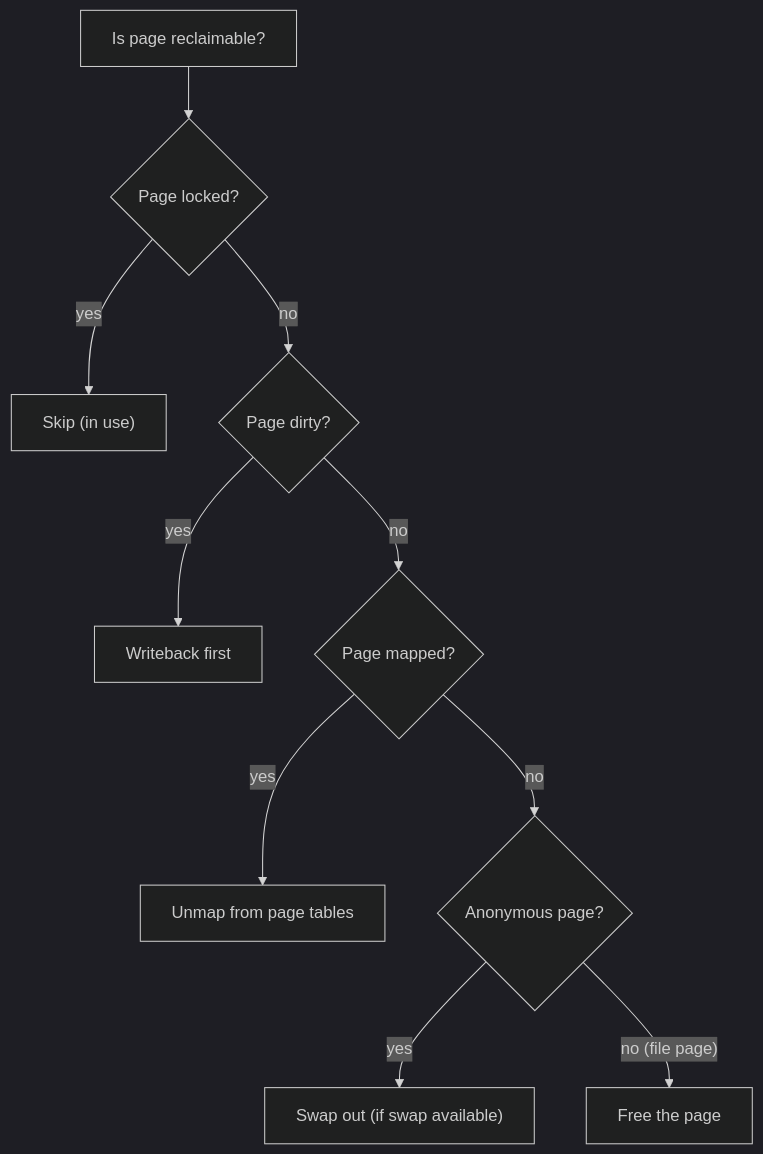
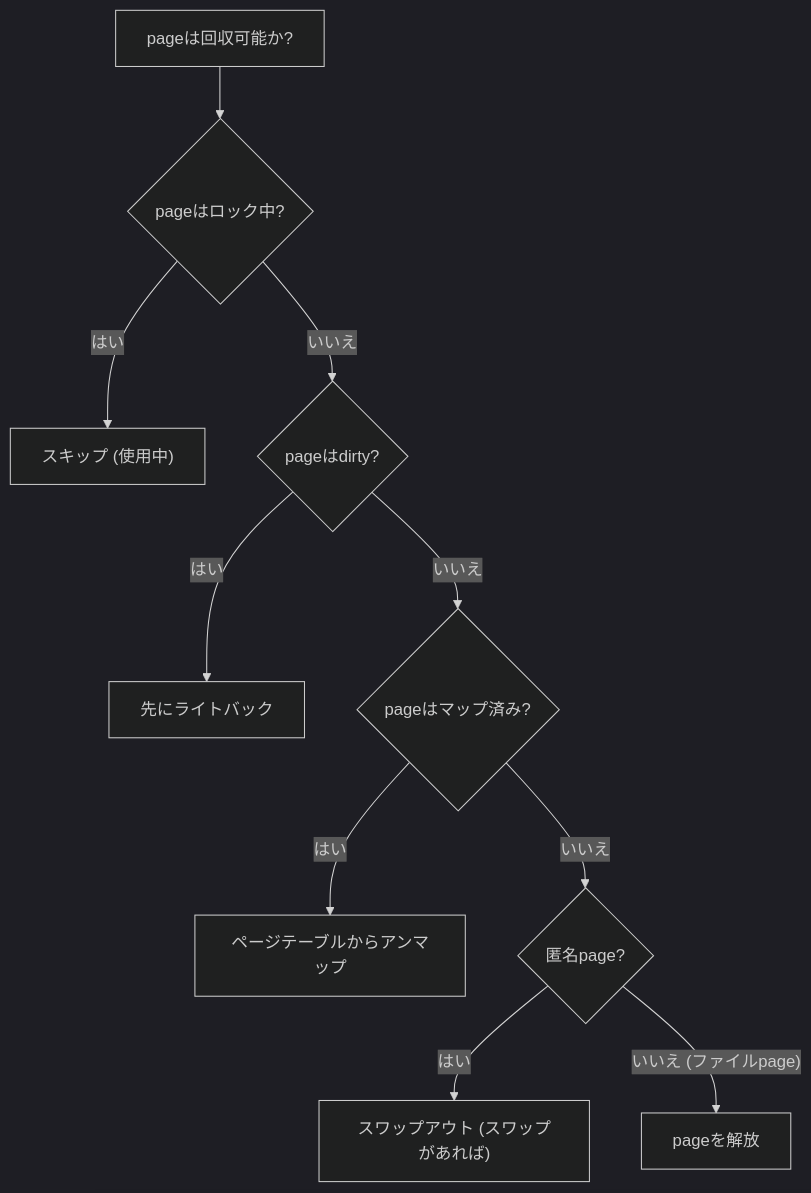
The seventh of 15 diagrams in docs/mm/life-of-page.md (doguto/linux-kernel-internals-jp), drawn with Mermaid (dark theme) before and after one commit. The commit also changed other lines of this file and 27 other files, not shown here.

````diff
--- a/docs/mm/life-of-page.md
+++ b/docs/mm/life-of-page.md
@@ -232,12 +232,12 @@
 ```mermaid
 flowchart TD
-    START["Is page reclaimable?"] --> LOCKED{"Page locked?"}
-    LOCKED -->|"yes"| SKIP["Skip (in use)"]
-    LOCKED -->|"no"| DIRTY{"Page dirty?"}
-    DIRTY -->|"yes"| WRITEBACK["Writeback first"]
-    DIRTY -->|"no"| MAPPED{"Page mapped?"}
-    MAPPED -->|"yes"| UNMAP["Unmap from page tables"]
-    MAPPED -->|"no"| ANON{"Anonymous page?"}
-    ANON -->|"yes"| SWAPOUT["Swap out (if swap available)"]
-    ANON -->|"no (file page)"| FREE["Free the page"]
+    START["pageは回収可能か?"] --> LOCKED{"pageはロック中?"}
+    LOCKED -->|"はい"| SKIP["スキップ (使用中)"]
+    LOCKED -->|"いいえ"| DIRTY{"pageはdirty?"}
+    DIRTY -->|"はい"| WRITEBACK["先にライトバック"]
+    DIRTY -->|"いいえ"| MAPPED{"pageはマップ済み?"}
+    MAPPED -->|"はい"| UNMAP["ページテーブルからアンマップ"]
+    MAPPED -->|"いいえ"| ANON{"匿名page?"}
+    ANON -->|"はい"| SWAPOUT["スワップアウト (スワップがあれば)"]
+    ANON -->|"いいえ (ファイルpage)"| FREE["pageを解放"]
 ```
````
